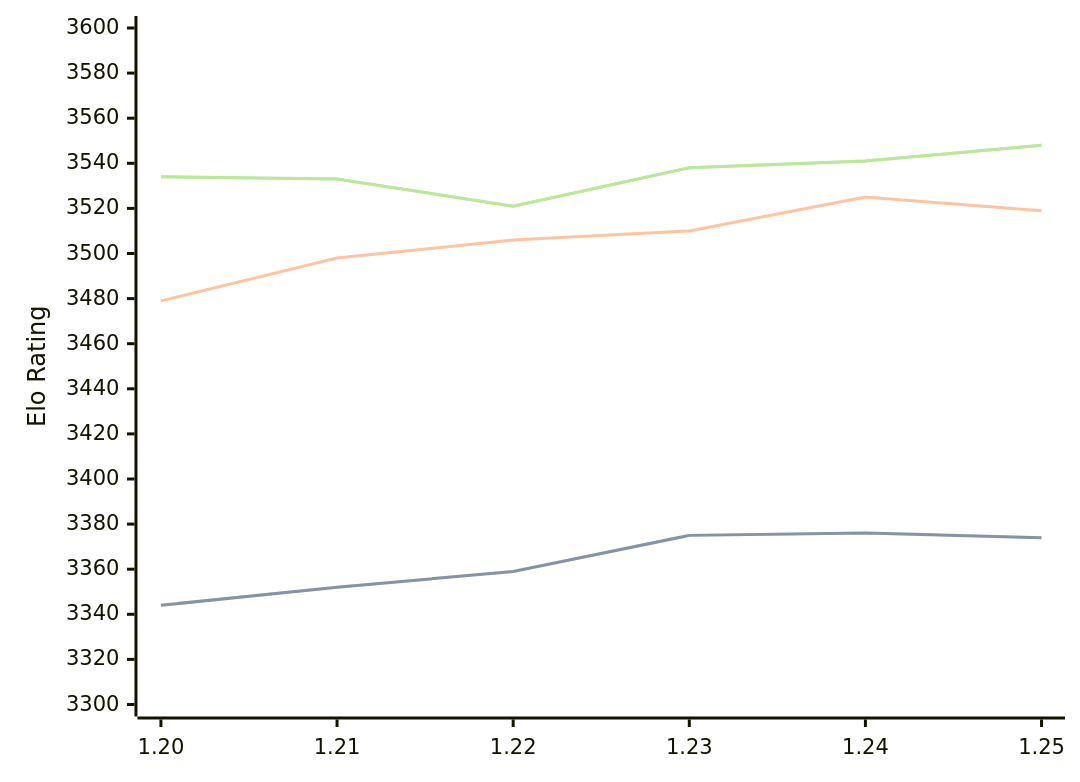
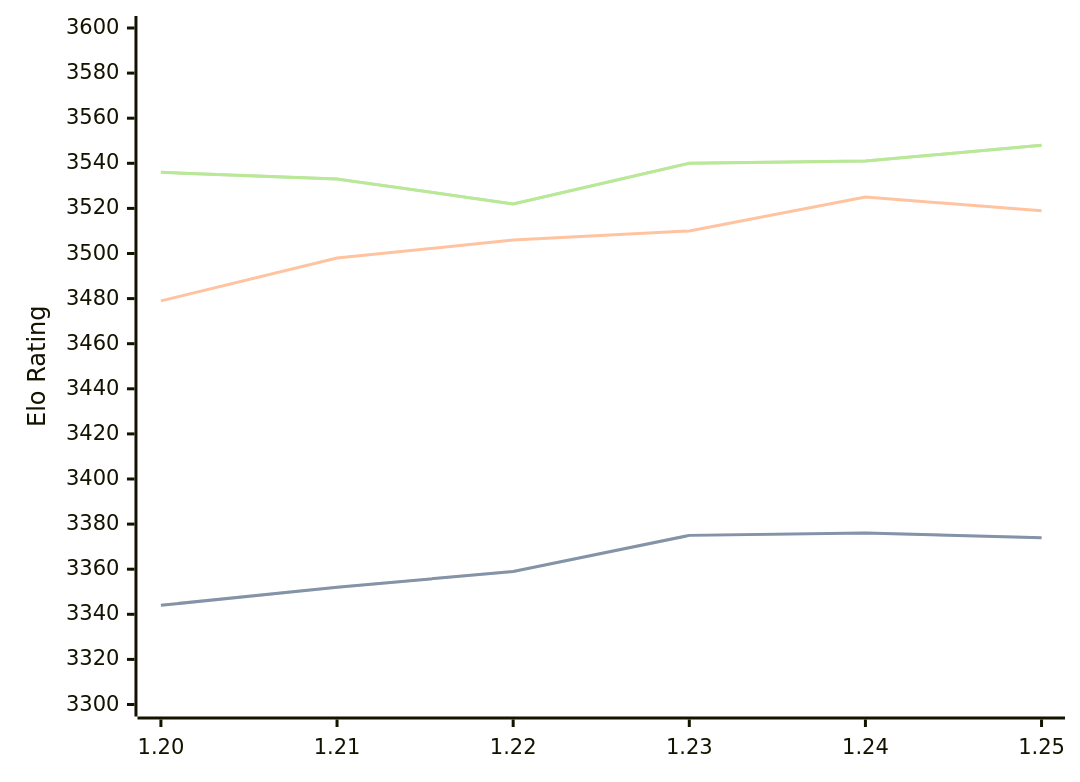
Before and after one commit to computer-chess-index/cci: the first of 3 diagrams in engines/Caissa.md, drawn with Mermaid. The commit also changed other lines of this file, not shown here.

Commit message:
Update CCI Ratings (ELO VLTC) - 2026-07-11

````diff
--- a/engines/Caissa.md
+++ b/engines/Caissa.md
@@ -65,11 +65,11 @@
 ```mermaid
 %%{init: {"theme":"base","themeVariables":{"seriesColors:['#a3a3a3','#222221','#faa371']}}}%%
 xychart-beta
   x-axis ["1.20", "1.21", "1.22", "1.23", "1.24", "1.25"]
   y-axis "Elo Rating" 3300 --> 3600
   line "STC (8.0+0.08s)" [3344, 3352, 3359, 3375, 3376, 3374]
   line "STC (8.0+0.08s)" [3344, 3352, 3359, 3375, 3376, 3374]
   line "LTC (60.0+0.60s)" [3479, 3498, 3506, 3510, 3525, 3519]
-  line "VLTC (2m24s+1.12s)" [3534, 3533, 3521, 3538, 3541, 3548]
-  line "VLTC (2m24s+1.12s)" [3534, 3533, 3521, 3538, 3541, 3548]
+  line "VLTC (2m24s+1.12s)" [3536, 3533, 3522, 3540, 3541, 3548]
+  line "VLTC (2m24s+1.12s)" [3536, 3533, 3522, 3540, 3541, 3548]
 ```
````
